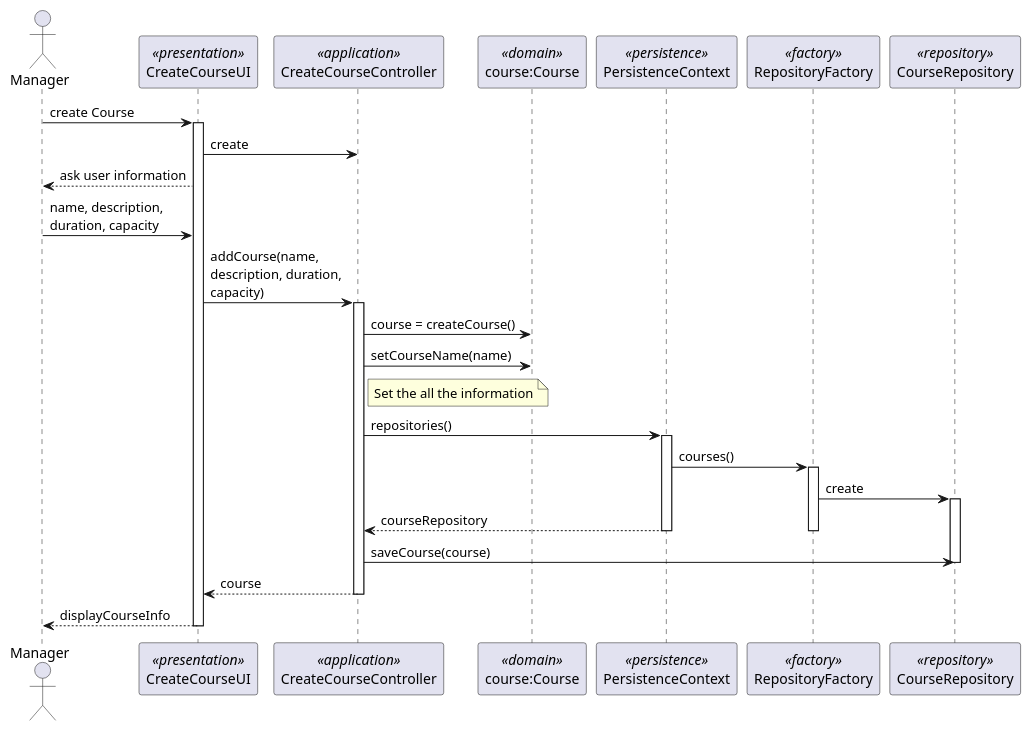
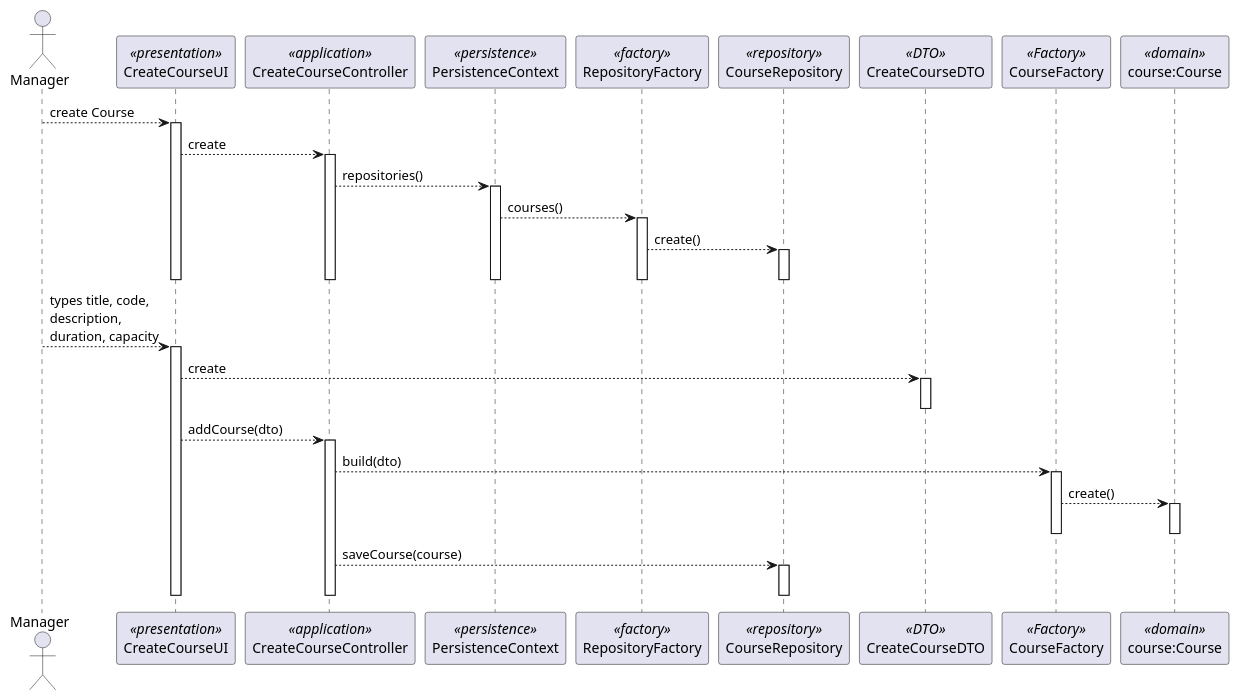
Before and after one commit to jovami/isep-lapr4: the diagram in docs/us_1002/SD.puml, drawn with PlantUML. The commit also changed 52 other files, not shown here.

```diff
--- a/docs/us_1002/SD.puml
+++ b/docs/us_1002/SD.puml
@@ -1,40 +1,55 @@
 @startuml
 
 skinparam packageStyle rect
 skinparam shadowing false
 
 actor Manager as Actor
 participant CreateCourseUI as UI <<presentation>> order 1
 participant CreateCourseController as Controller <<application>> order 2
-participant "course:Course" as Course <<domain>> order 3
-participant PersistenceContext as Persistence <<persistence>> order 4
-participant RepositoryFactory as Fact <<factory>> order 5
-participant CourseRepository as Repo <<repository>> order 6
+participant PersistenceContext as Persistence <<persistence>> order 3
+participant RepositoryFactory as Fact <<factory>> order 4
+participant CourseRepository as Repo <<repository>> order 5
+participant CreateCourseDTO as dto <<DTO>> order 6
+participant CourseFactory as factory <<Factory>> order 7
+participant "course:Course" as Course <<domain>> order 8
 
-Actor -> UI : create Course
+Actor --> UI : create Course
 activate UI
-    UI -> Controller : create
-    Actor <-- UI : ask user information
-    Actor -> UI : name, description,\nduration, capacity
-    UI -> Controller : addCourse(name,\ndescription, duration,\ncapacity)
+    UI --> Controller : create
     activate Controller
-            Controller -> Course : course = createCourse()
-            Controller -> Course : setCourseName(name)
-            note right of Controller: Set the all the information
-            Controller -> Persistence : repositories()
-            activate Persistence
-            Persistence -> Fact : courses()
+        Controller --> Persistence : repositories()
+
+        activate Persistence
+            Persistence --> Fact : courses()
             activate Fact
-                Fact -> Repo : create
+                Fact --> Repo : create()
                 activate Repo
-                Controller <-- Persistence: courseRepository
-                deactivate Fact
-                deactivate Persistence
-        Controller -> Repo : saveCourse(course)
+                deactivate Repo
+            deactivate Fact
+        deactivate Persistence
+    deactivate Controller
+deactivate UI
+
+Actor --> UI : types title, code,\ndescription,\nduration, capacity
+activate UI
+    UI --> dto : create
+    activate dto
+    deactivate dto
+
+    UI --> Controller : addCourse(dto)
+    activate Controller
+        Controller --> factory : build(dto)
+        activate factory
+            factory --> Course : create()
+            ' note right of Course: Set the all the information
+            activate Course
+            deactivate Course
+        deactivate factory
+
+        Controller --> Repo : saveCourse(course)
+        activate Repo
         deactivate Repo
-    UI <-- Controller : course
     deactivate Controller
-Actor <-- UI : displayCourseInfo
 deactivate UI
 
 @enduml
```
